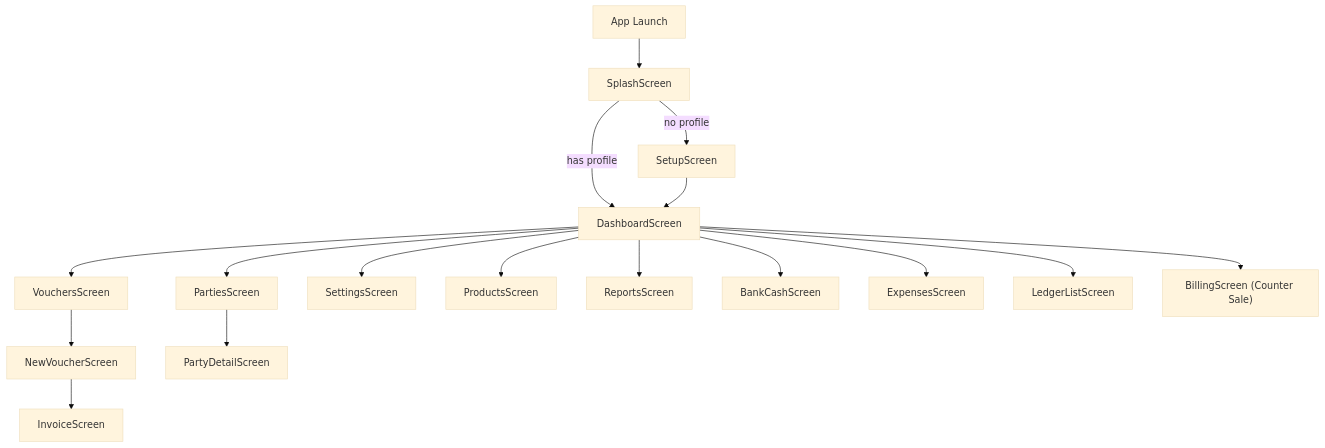
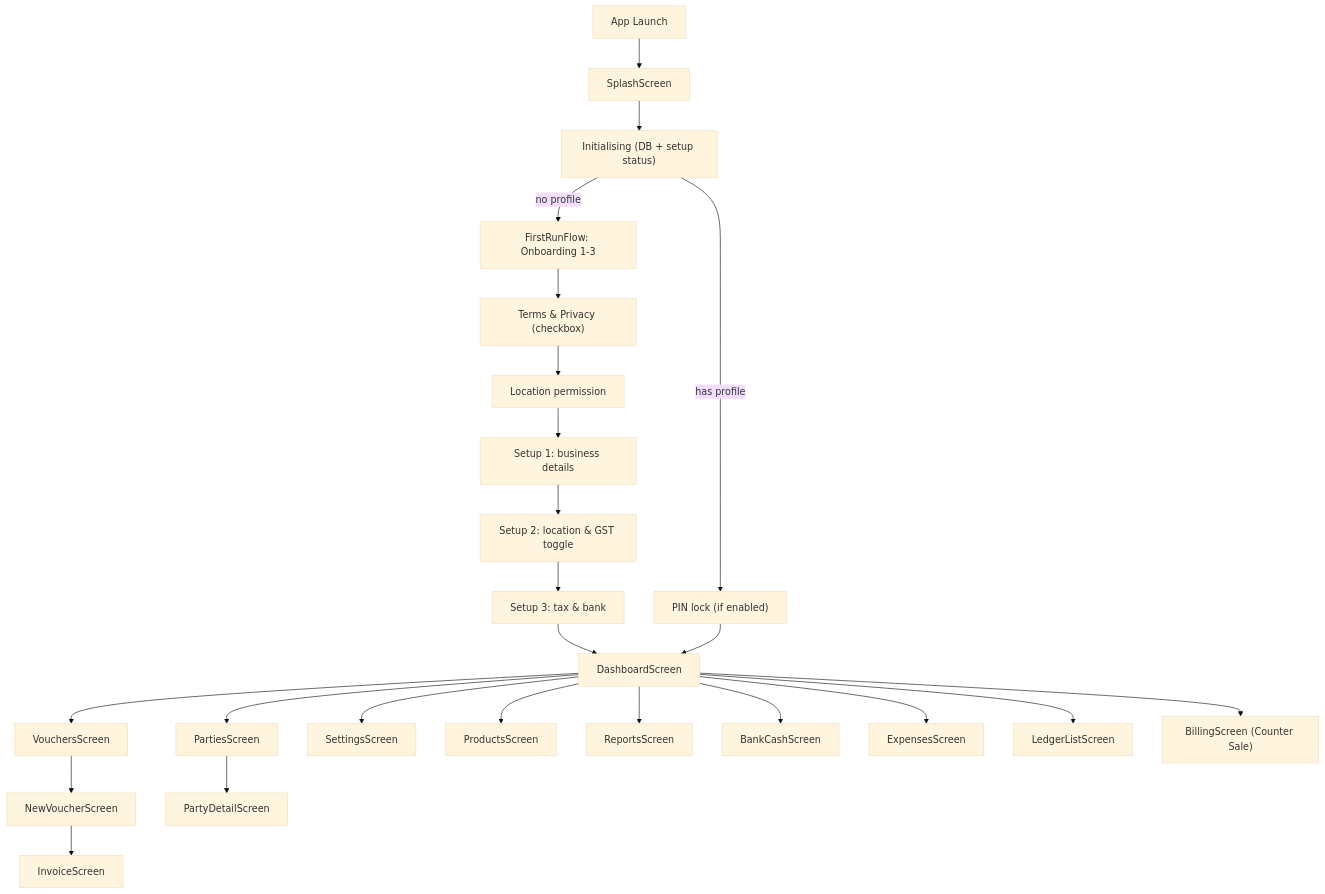
The diagram in docs/design/SCREENS.md (sourish-dutta-sugo/Mavo), drawn with Mermaid (base theme) before and after one commit. The commit also changed other lines of this file and 18 other files, not shown here.

Commit message:
update 04-10-26 App launch and its state flow ui re-structured

````diff
--- a/docs/design/SCREENS.md
+++ b/docs/design/SCREENS.md
@@ -55,19 +65,26 @@
 ```mermaid
 graph TD
     A["App Launch"] --> B["SplashScreen"]
-    B -->|no profile| C["SetupScreen"]
-    B -->|has profile| D["DashboardScreen"]
-    C --> D
+    B --> I["Initialising (DB + setup status)"]
+    I -->|no profile| W1["FirstRunFlow: Onboarding 1-3"]
+    W1 --> W2["Terms & Privacy (checkbox)"]
+    W2 --> W3["Location permission"]
+    W3 --> W4["Setup 1: business details"]
+    W4 --> W5["Setup 2: location & GST toggle"]
+    W5 --> W6["Setup 3: tax & bank"]
+    W6 --> D["DashboardScreen"]
+    I -->|has profile| P["PIN lock (if enabled)"]
+    P --> D
     D --> E["VouchersScreen"]
     D --> F["PartiesScreen"]
     D --> G["SettingsScreen"]
     D --> H["ProductsScreen"]
-    D --> I["ReportsScreen"]
+    D --> I2["ReportsScreen"]
     D --> J["BankCashScreen"]
     D --> K["ExpensesScreen"]
     D --> L["LedgerListScreen"]
     D --> M["BillingScreen (Counter Sale)"]
     E --> N["NewVoucherScreen"]
     N --> O["InvoiceScreen"]
-    F --> P["PartyDetailScreen"]
+    F --> P2["PartyDetailScreen"]
 ```
````
